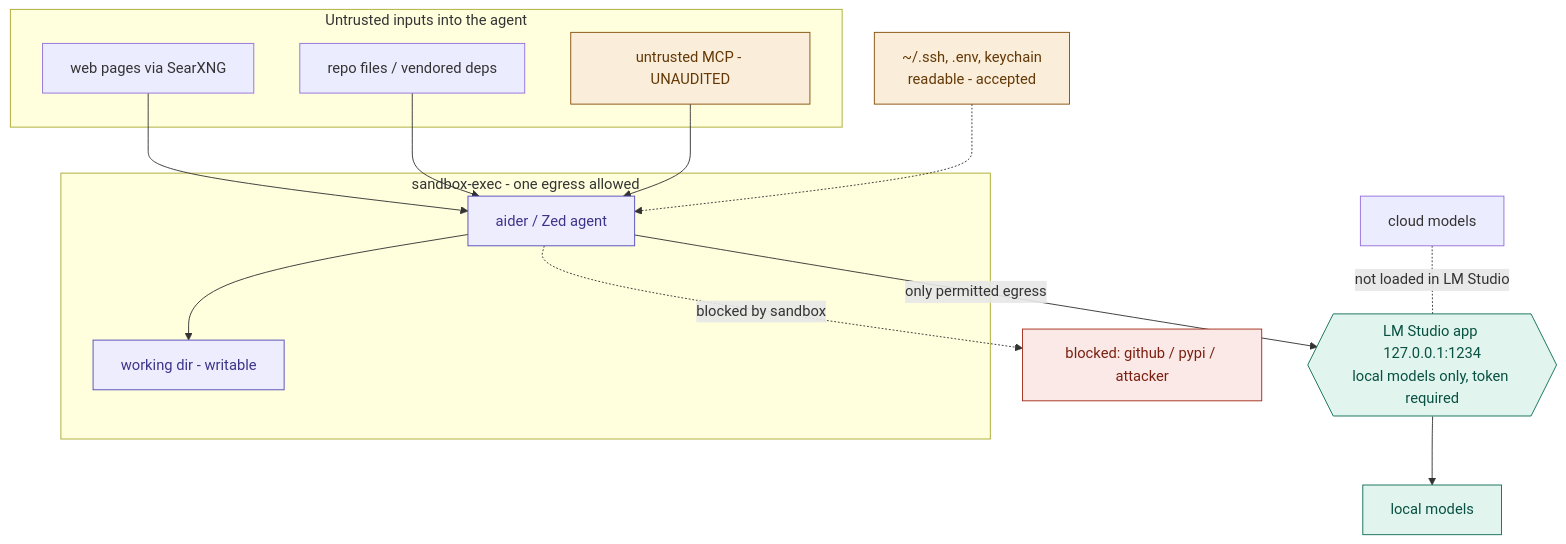
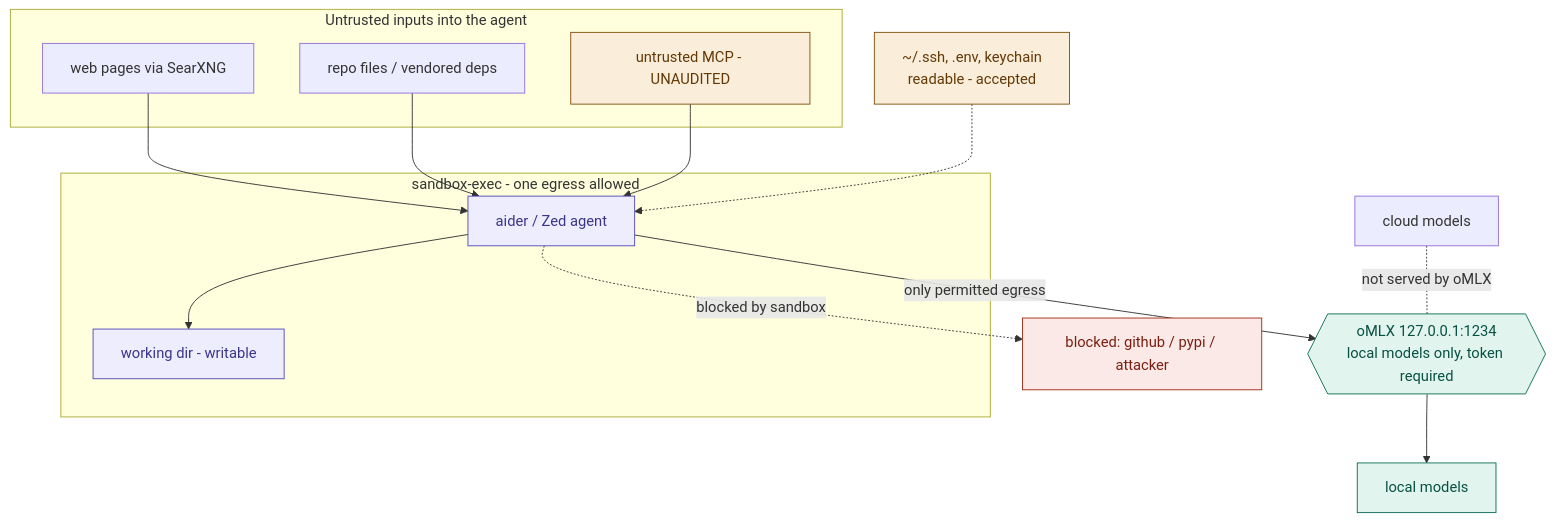
The diagram in docs/THREAT-MODEL.md (ouster/hearth), drawn with Mermaid before and after one commit. The commit also changed other lines of this file and 44 other files, not shown here.

````diff
--- a/docs/THREAT-MODEL.md
+++ b/docs/THREAT-MODEL.md
@@ -35,42 +36,42 @@
 ```mermaid
 flowchart TB
     subgraph inputs["Untrusted inputs into the agent"]
         web["web pages via SearXNG"]
         repo["repo files / vendored deps"]
         mcpsrc["untrusted MCP - UNAUDITED"]
     end
 
     subgraph sandbox["sandbox-exec - one egress allowed"]
         agent["aider / Zed agent"]
         wd["working dir - writable"]
     end
 
     secrets["~/.ssh, .env, keychain<br/>readable - accepted"]
 
-    gw{{"LM Studio app 127.0.0.1:1234<br/>local models only, token required"}}
+    gw{{"oMLX 127.0.0.1:1234<br/>local models only, token required"}}
     localm["local models"]
     cloudm["cloud models"]
     outside["blocked: github / pypi / attacker"]
 
     web --> agent
     repo --> agent
     mcpsrc --> agent
     secrets -.-> agent
 
     agent -->|"only permitted egress"| gw
     agent --> wd
     agent -.->|"blocked by sandbox"| outside
 
     gw --> localm
-    cloudm -.-|"not loaded in LM Studio"| gw
+    cloudm -.-|"not served by oMLX"| gw
 
     classDef okCls fill:#E1F5EE,stroke:#0F6E56,color:#085041
     classDef badCls fill:#FBE9E7,stroke:#A32B18,color:#7A1F11
     classDef warnCls fill:#FAEEDA,stroke:#854F0B,color:#633806
     classDef boxCls fill:#EEEDFE,stroke:#534AB7,color:#3C3489
 
     class gw,localm okCls
     class outside badCls
     class secrets,mcpsrc warnCls
     class agent,wd boxCls
 ```
````
